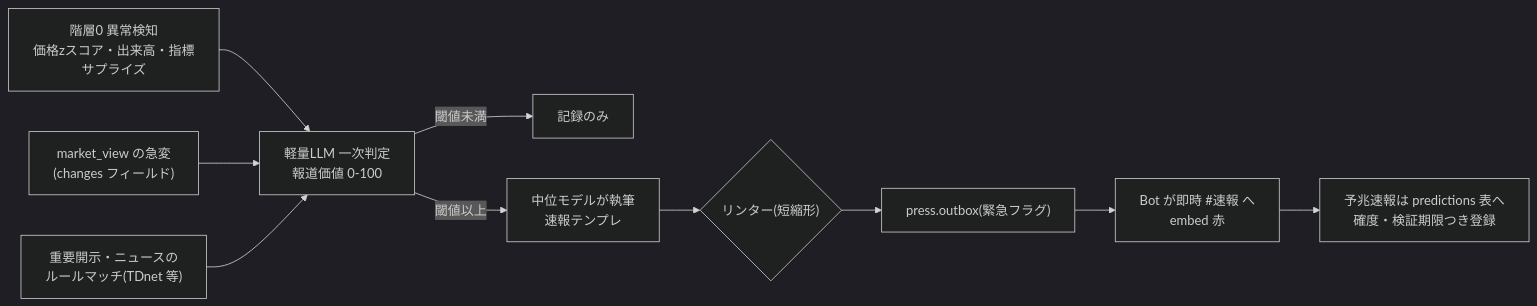
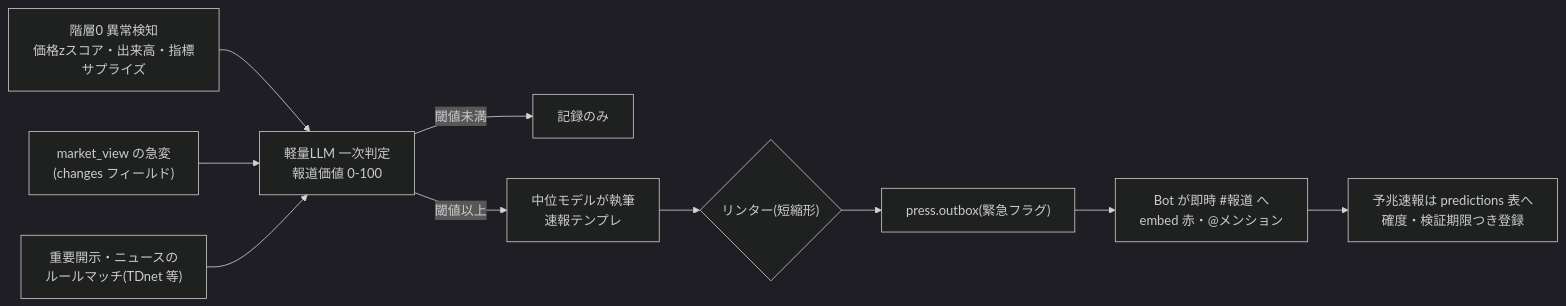
Before and after one commit to klonyapin/ryza: the third of 3 diagrams in docs/design/30-press-discord.md, drawn with Mermaid (dark theme). The commit also changed other lines of this file, not shown here.

````diff
--- a/docs/design/30-press-discord.md
+++ b/docs/design/30-press-discord.md
@@ -54,12 +54,12 @@
 ```mermaid
 flowchart LR
   S1["階層0 異常検知<br>価格zスコア・出来高・指標サプライズ"] --> T
   S2["market_view の急変<br>(changes フィールド)"] --> T
   S3["重要開示・ニュースの<br>ルールマッチ(TDnet 等)"] --> T
   T["軽量LLM 一次判定<br>報道価値 0-100"] -->|"閾値未満"| X["記録のみ"]
   T -->|"閾値以上"| W["中位モデルが執筆<br>速報テンプレ"]
   W --> L{"リンター(短縮形)"}
   L --> O["press.outbox(緊急フラグ)"]
-  O --> B2["Bot が即時 #速報 へ<br>embed 赤"]
+  O --> B2["Bot が即時 #報道 へ<br>embed 赤・@メンション"]
   B2 --> P["予兆速報は predictions 表へ<br>確度・検証期限つき登録"]
 ```
````
